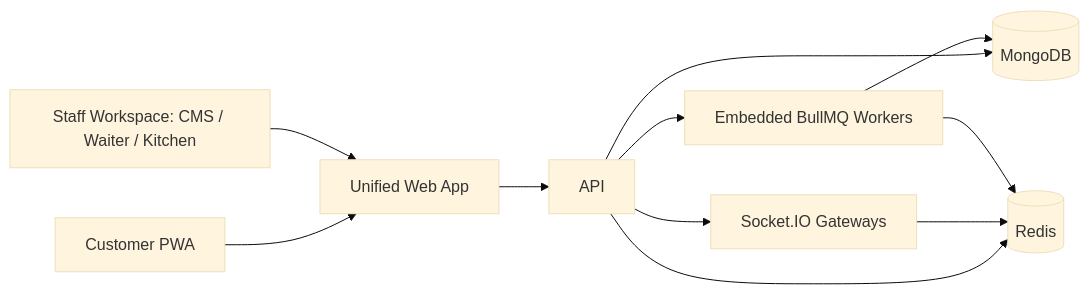
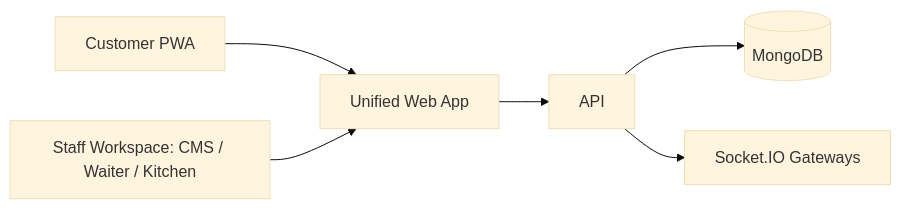
The diagram in docs/architecture.md (abhishekmishra0409/Servora), drawn with Mermaid (base theme) before and after one commit. The commit also changed other lines of this file and 114 other files, not shown here.

````diff
--- a/docs/architecture.md
+++ b/docs/architecture.md
@@ -3,13 +3,8 @@
 ```mermaid
 flowchart LR
   CustomerPWA[Customer PWA] --> Web[Unified Web App]
   Staff[Staff Workspace: CMS / Waiter / Kitchen] --> Web
   Web --> API
   API --> Mongo[(MongoDB)]
-  API --> Redis[(Redis)]
   API --> SocketIO[Socket.IO Gateways]
-  API --> Workers[Embedded BullMQ Workers]
-  SocketIO --> Redis
-  Workers --> Redis
-  Workers --> Mongo
 ```
````
